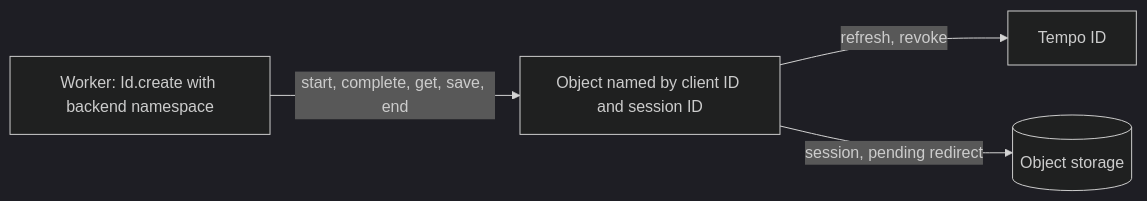
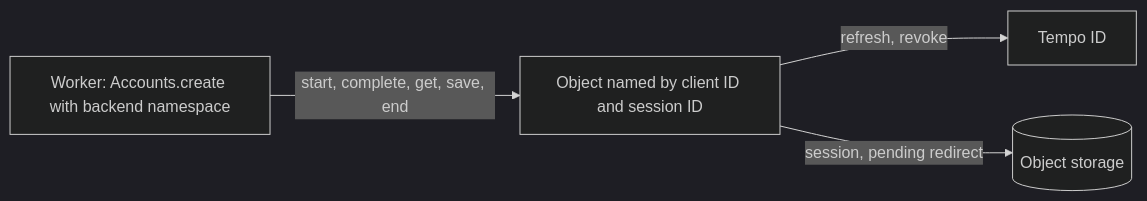
One commit to tempoxyz/accounts changed the diagram in docs/api/DurableObject.sessions.md. Above: the diagram before and after it, drawn with Mermaid (dark theme). The commit also changed other lines of this file and 144 other files, not shown here.

````diff
--- a/docs/api/DurableObject.sessions.md
+++ b/docs/api/DurableObject.sessions.md
@@ -9,6 +9,6 @@
 ```mermaid
 flowchart LR
-  W[Worker: Id.create with backend namespace] -->|start, complete, get, save, end| O[Object named by client ID and session ID]
+  W[Worker: Accounts.create with backend namespace] -->|start, complete, get, save, end| O[Object named by client ID and session ID]
   O -->|refresh, revoke| ID[Tempo ID]
   O -->|session, pending redirect| S[(Object storage)]
 ```
````
